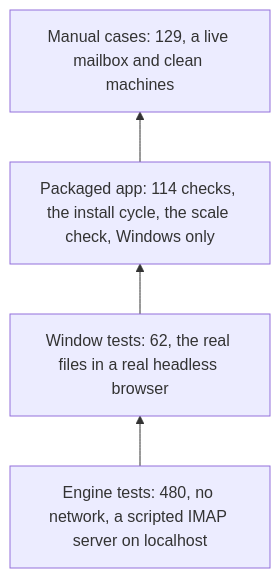
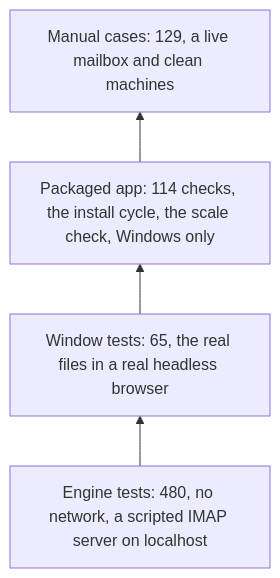
The first of 2 diagrams in docs/testing/strategy.md (SarangVehale/email-todolist), drawn with Mermaid before and after one commit. The commit also changed other lines of this file and 8 other files, not shown here.

````diff
--- a/docs/testing/strategy.md
+++ b/docs/testing/strategy.md
@@ -24,6 +24,6 @@
 ```mermaid
 flowchart BT
-    E["Engine tests: 480, no network, a scripted IMAP server on localhost"] --> W["Window tests: 62, the real files in a real headless browser"]
+    E["Engine tests: 480, no network, a scripted IMAP server on localhost"] --> W["Window tests: 65, the real files in a real headless browser"]
     W --> P["Packaged app: 114 checks, the install cycle, the scale check, Windows only"]
     P --> M["Manual cases: 129, a live mailbox and clean machines"]
 ```
````
